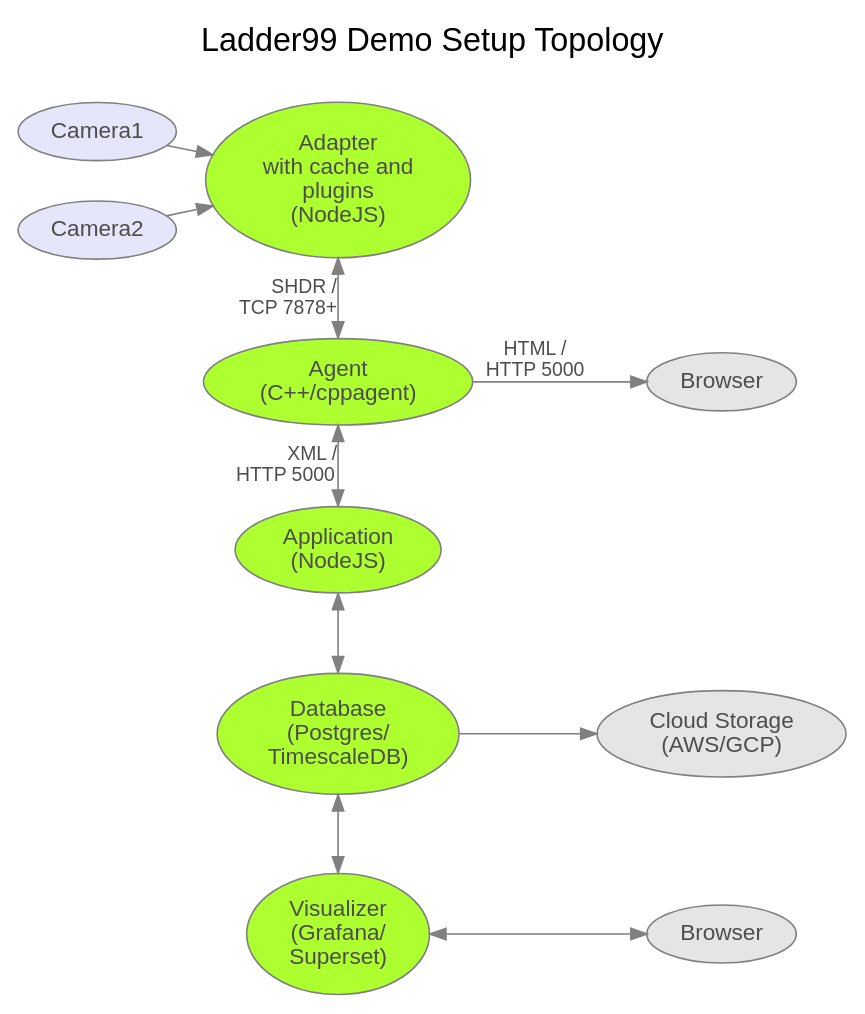
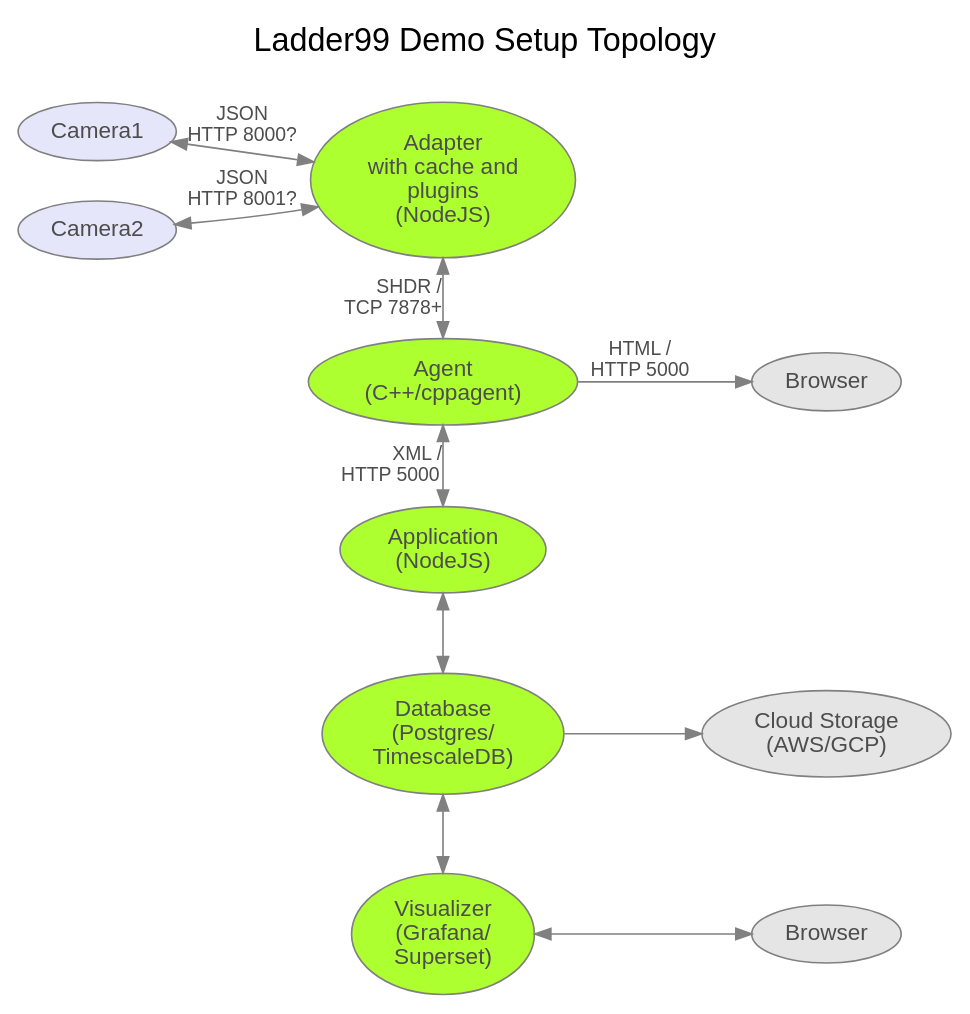
The diagram in design/demo.dot (Ladder99/ladder99), drawn with Graphviz before and after one commit. The commit also changed 8 other files, not shown here.

First line of the commit message:
adapter demo works with 2 camera sims

```diff
--- a/design/demo.dot
+++ b/design/demo.dot
@@ -1,113 +1,113 @@
 // graphviz diagram
 // colors https://www.graphviz.org/doc/info/colors.html
 
 digraph {
 
   //------------------------------------------------------------------------
   // styles
   //------------------------------------------------------------------------
 
   graph [ label="Ladder99 Demo Setup Topology\n ", color=lightgray; ];
   graph [ fontsize=20 ];
   graph [ labelloc=t ];
   graph [ ranksep=0.2 ];
   graph [ nodesep=0.35 ];
   graph [ rankdir=LR; ] // left-to-right
   graph [ fontname="sans-serif" ];
 
   node [ color=gray, fillcolor=white, style=filled ];
   node [ fontname="sans-serif", fontcolor=gray30 ];
 
   edge [ color=gray ];
   edge [ fontsize=12, fontcolor=gray30 ];
   edge [ fontname="sans-serif" ];
 
   //------------------------------------------------------------------------
   // nodes
   //------------------------------------------------------------------------
 
   // devices
   // PA [ fillcolor=lavender, label="CCS P&A" ];
   // HMI [ fillcolor=lavender, label="Rockwell HMI" ];
   // Motor [ fillcolor=lavender, label="VFD Motor" ];
   // OldMachine3 [ fillcolor=lavender, label="Device" ];
-  Camera [ fillcolor=lavender, label="Camera1" ];
+  Camera1 [ fillcolor=lavender, label="Camera1" ];
   Camera2 [ fillcolor=lavender, label="Camera2" ];
   // Autoclave [ fillcolor=lavender, label="Autoclave" ];
   // OldMachine1 [ fillcolor=lavender, label="Old Machine 1" ];
 
   // intermediaries
   // Broker1 [ fillcolor=lightblue, label="MQTT Broker\n(Mosquitto)" ];
   // Broker3 [ fillcolor=lightblue, label="MQTT Broker\n(Mosquitto)" ];
   // Broker4 [ fillcolor=lightblue, label="MQTT Broker\n(Mosquitto)" ];
   // Kepware1 [ fillcolor=lightblue, label="Kepware\n(Windows)"];
   // Kepware2 [ fillcolor=lightblue, label="Kepware+\nIoT Gateway\n(Windows)"];
   // CPC [ fillcolor=lightblue, label="ASC CPC" ];
   // PLC4X [ fillcolor=lightblue, label="PLC4X\n(Java)" ];
 
   // mtconnect
   Adapter [ fillcolor=greenyellow, label="Adapter\nwith cache and\nplugins\n(NodeJS)" ];
   Agent [ fillcolor=greenyellow, label="Agent\n(C++/cppagent)" ];
   Application [ fillcolor=greenyellow, label="Application\n(NodeJS)" ];
 
   // diode
   // DiodeSender [ label="Diode Sender\n(Java+RabbitMQ)" ];
   // DiodeReceiver [ label="Diode Receiver\n(Java+RabbitMQ)" ];
 
   // applications
   Database [ fillcolor=greenyellow, label="Database\n(Postgres/\nTimescaleDB)" ];
   Visualizer [ fillcolor=greenyellow, label="Visualizer\n(Grafana/\nSuperset)" ];
   Cloud [ fillcolor=gray90, label="Cloud Storage\n(AWS/GCP)" ];
   Browser [ fillcolor=gray90 ];
   Browser2 [ fillcolor=gray90, label="Browser" ];
   // LOI [ fillcolor=gray90, label="LOI\n(SvelteJS)" ];
 
   // users
   // Admin [ fillcolor=lightyellow ];
   // Operator [ fillcolor=lightyellow ];
 
 
   //------------------------------------------------------------------------
   // edges
   //------------------------------------------------------------------------
 
   // PA -> Broker1 [ label="  TCP  ", dir=both ];
   // Camera -> Broker3 [ label="  TCP  ", dir=both ];
   // Autoclave -> CPC [ dir=both ];
   // Broker1 -> Adapter [ label="MQTT", dir=both ];
   // Broker3 -> Adapter [ label="MQTT", dir=both ];
   // Broker4 -> Adapter [ label="MQTT", dir=both ];
   // OldMachine1 -> PLC4X; // [ label="proprietary\nprotocol" ];
   // PLC4X -> Broker3 [ label="" ];
-  Camera -> Adapter;
-  Camera2 -> Adapter;
+  Camera1 -> Adapter [ label="JSON\nHTTP 8000?", dir=both ];
+  Camera2 -> Adapter [ label="JSON\nHTTP 8001?", dir=both ];
   // HMI -> Kepware1 [ label="ethernet/ip" ];
   // Motor -> Kepware1 [ label="modbus" ];
   // Kepware1 -> Adapter [ label="OPC/UA" ];
   // Kepware2 -> Gateway;
   // CPC -> Adapter [ label="text" ];
   // Gateway -> Broker4 [ label="MQTT" ];
   // OldMachine3 -> Kepware2;
   // Kepware2 -> Broker4 [ label="MQTT" ];
   Adapter -> Agent [ label="SHDR /   \nTCP 7878+         ", dir=both ];
   // Adapter -> DiodeSender [ label="SHDR /   \nTCP 7878      ", dir=both, style=dotted ];
   // DiodeSender -> DiodeReceiver [ label="UDP    ", style=dotted ];
   // DiodeReceiver -> Agent [ label="SHDR /    \nTCP 7878        ", style=dotted ];
   Agent -> Application [ dir=both; label="XML / \nHTTP 5000          " ];
   Agent -> Browser [ label="HTML /\nHTTP 5000" ];
   Application -> Database [ dir=both ];
   Database -> Visualizer [ dir=both ];
   Database -> Cloud;
   Visualizer -> Browser2 [ dir=both ];
   // Application -> LOI;
   // LOI -> Operator;
 
 
   //------------------------------------------------------------------------
   // ranks
   //------------------------------------------------------------------------
 
   { rank=same; Adapter Agent Application Database Visualizer };
   // { rank=same; DiodeSender DiodeReceiver Cloud Admin };
   // { rank=same; Cloud Admin };
 }
```
